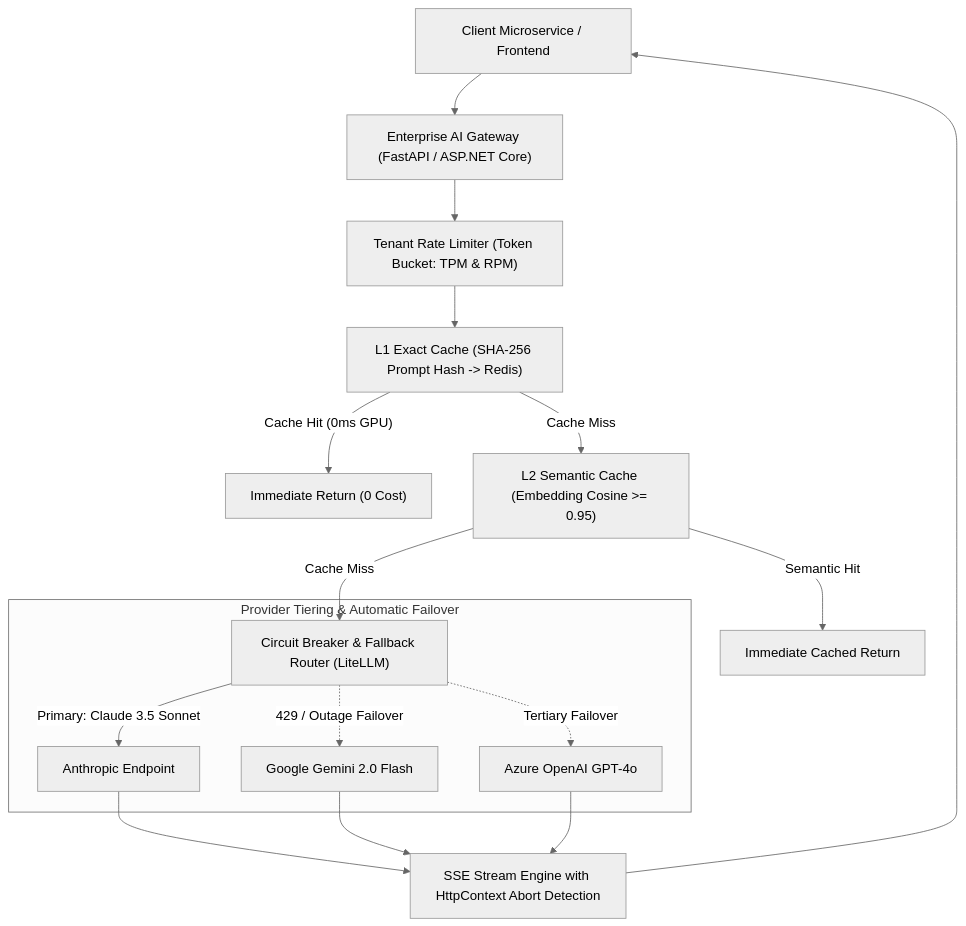
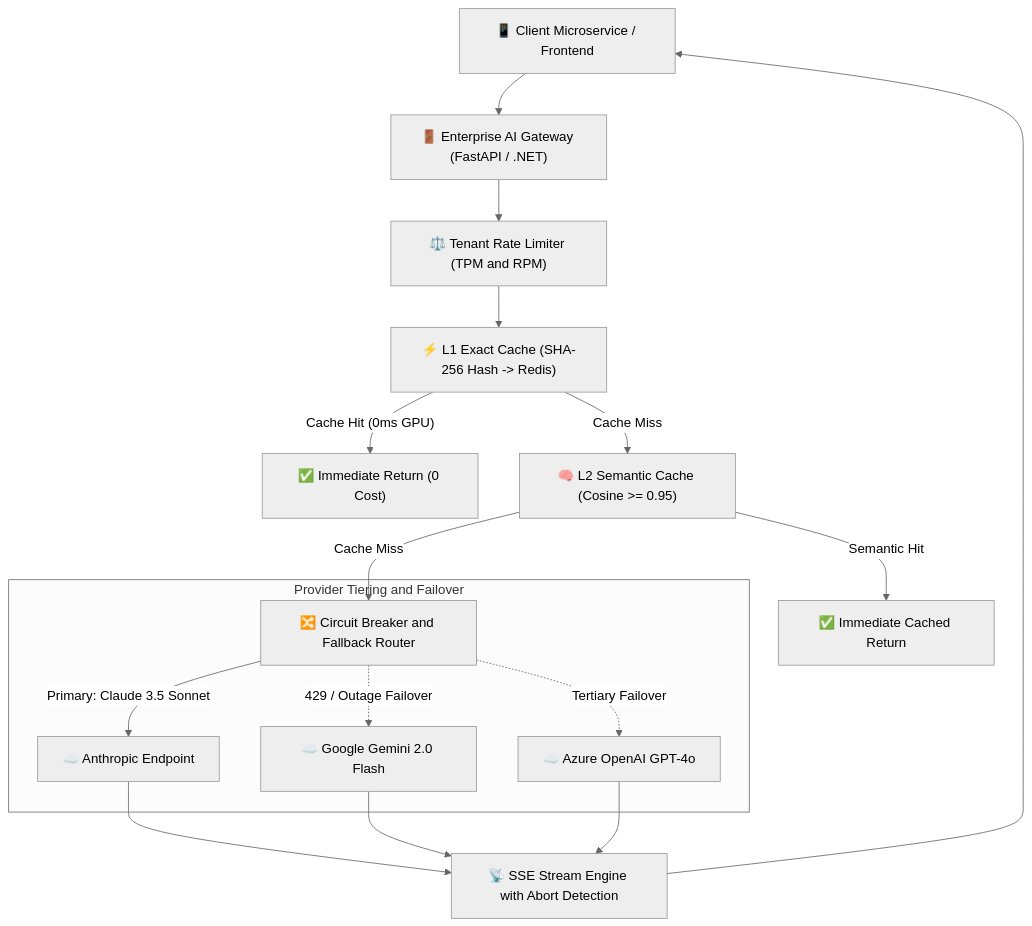
The third of 7 diagrams in interview/80-20-ai-interview-prep-sheet.md (dip4k/senior-engineer-to-ai-engineer-roadmap), drawn with Mermaid (neutral theme) before and after one commit. The commit also changed other lines of this file and 94 other files, not shown here.

Commit message:
refactor(curriculum): complete Phase 04 upgrade and enforce diagram renderer invariants

````diff
--- a/interview/80-20-ai-interview-prep-sheet.md
+++ b/interview/80-20-ai-interview-prep-sheet.md
@@ -118,22 +117,24 @@
 ```mermaid
 flowchart TD
-    Client["Client Microservice / Frontend"] --> APIGW["Enterprise AI Gateway (FastAPI / ASP.NET Core)"]
+    Client["📱 Client Microservice / Frontend"] --> APIGW["🚪 Enterprise AI Gateway (FastAPI / .NET)"]
     
-    APIGW --> TenantLimiter["Tenant Rate Limiter (Token Bucket: TPM & RPM)"]
-    TenantLimiter --> L1Exact["L1 Exact Cache (SHA-256 Prompt Hash -> Redis)"]
+    APIGW --> TenantLimiter["⚖️ Tenant Rate Limiter (TPM and RPM)"]
+    TenantLimiter --> L1Exact["⚡ L1 Exact Cache (SHA-256 Hash -> Redis)"]
     
-    L1Exact -->|"Cache Hit (0ms GPU)"| InstantReturn["Immediate Return (0 Cost)"]
-    L1Exact -->|"Cache Miss"| L2Semantic["L2 Semantic Cache (Embedding Cosine >= 0.95)"]
+    L1Exact -->|"Cache Hit (0ms GPU)"| InstantReturn["✅ Immediate Return (0 Cost)"]
+    L1Exact -->|"Cache Miss"| L2Semantic["🧠 L2 Semantic Cache (Cosine >= 0.95)"]
     
-    L2Semantic -->|"Semantic Hit"| SemanticReturn["Immediate Cached Return"]
-    L2Semantic -->|"Cache Miss"| Router["Circuit Breaker & Fallback Router (LiteLLM)"]
+    L2Semantic -->|"Semantic Hit"| SemanticReturn["✅ Immediate Cached Return"]
+    L2Semantic -->|"Cache Miss"| Router["🔀 Circuit Breaker and Fallback Router"]
     
-    subgraph MultiProviderCluster["Provider Tiering & Automatic Failover"]
-        Router -->|"Primary: Claude 3.5 Sonnet"| AnthropicAPI["Anthropic Endpoint"]
-        Router -.->|"429 / Outage Failover"| GoogleAPI["Google Gemini 2.0 Flash"]
-        Router -.->|"Tertiary Failover"| AzureAPI["Azure OpenAI GPT-4o"]
+    subgraph MultiProviderCluster["Provider Tiering and Failover"]
+        Router -->|"Primary: Claude 3.5 Sonnet"| AnthropicAPI["☁️ Anthropic Endpoint"]
+        Router -.->|"429 / Outage Failover"| GoogleAPI["☁️ Google Gemini 2.0 Flash"]
+        Router -.->|"Tertiary Failover"| AzureAPI["☁️ Azure OpenAI GPT-4o"]
     end
 
-    AnthropicAPI & GoogleAPI & AzureAPI --> StreamProcessor["SSE Stream Engine with HttpContext Abort Detection"]
+    AnthropicAPI --> StreamProcessor["📡 SSE Stream Engine with Abort Detection"]
+    GoogleAPI --> StreamProcessor
+    AzureAPI --> StreamProcessor
     StreamProcessor --> Client
 ```
````
